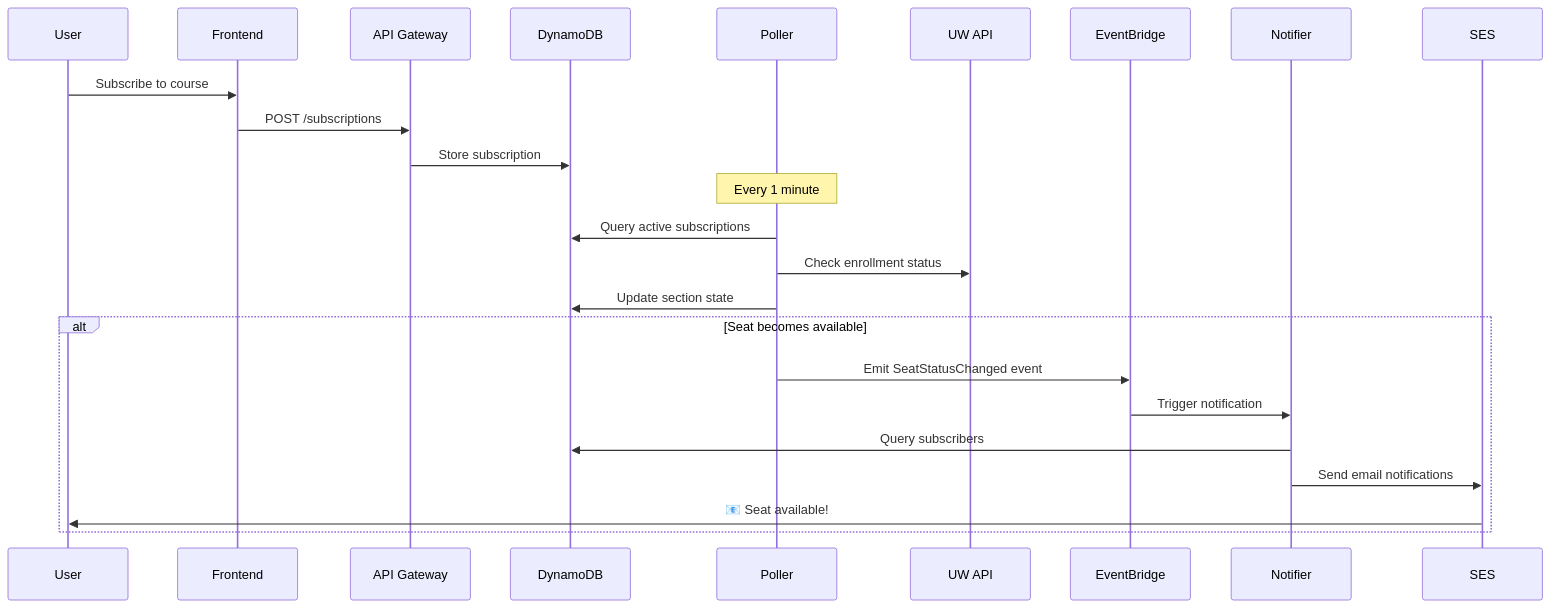
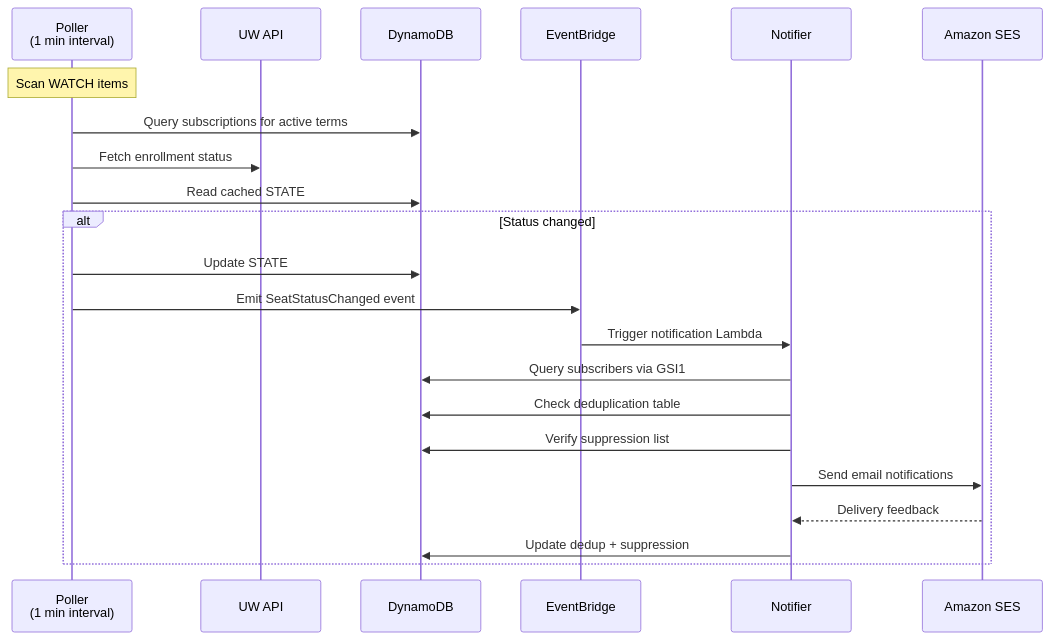
Before and after one commit to BadgerClassTracker/badger-class-tracker: the diagram in README.md, drawn with Mermaid. The commit also changed other lines of this file, not shown here.

````diff
--- a/README.md
+++ b/README.md
@@ -68,29 +93,26 @@
 ```mermaid
 sequenceDiagram
-    participant U as User
-    participant F as Frontend
-    participant A as API Gateway
+    participant P as Poller<br/>(1 min interval)
+    participant UW as UW API
     participant D as DynamoDB
-    participant P as Poller
-    participant UW as UW API
     participant E as EventBridge
     participant N as Notifier
-    participant S as SES
+    participant S as Amazon SES
 
-    U->>F: Subscribe to course
-    F->>A: POST /subscriptions
-    A->>D: Store subscription
+    Note over P: Scan WATCH items
+    P->>D: Query subscriptions for active terms
+    P->>UW: Fetch enrollment status
+    P->>D: Read cached STATE
 
-    Note over P: Every 1 minute
-    P->>D: Query active subscriptions
-    P->>UW: Check enrollment status
-    P->>D: Update section state
-
-    alt Seat becomes available
+    alt Status changed
+        P->>D: Update STATE
         P->>E: Emit SeatStatusChanged event
-        E->>N: Trigger notification
-        N->>D: Query subscribers
+        E->>N: Trigger notification Lambda
+        N->>D: Query subscribers via GSI1
+        N->>D: Check deduplication table
+        N->>D: Verify suppression list
         N->>S: Send email notifications
-        S->>U: 📧 Seat available!
+        S-->>N: Delivery feedback
+        N->>D: Update dedup + suppression
     end
 ```
````
